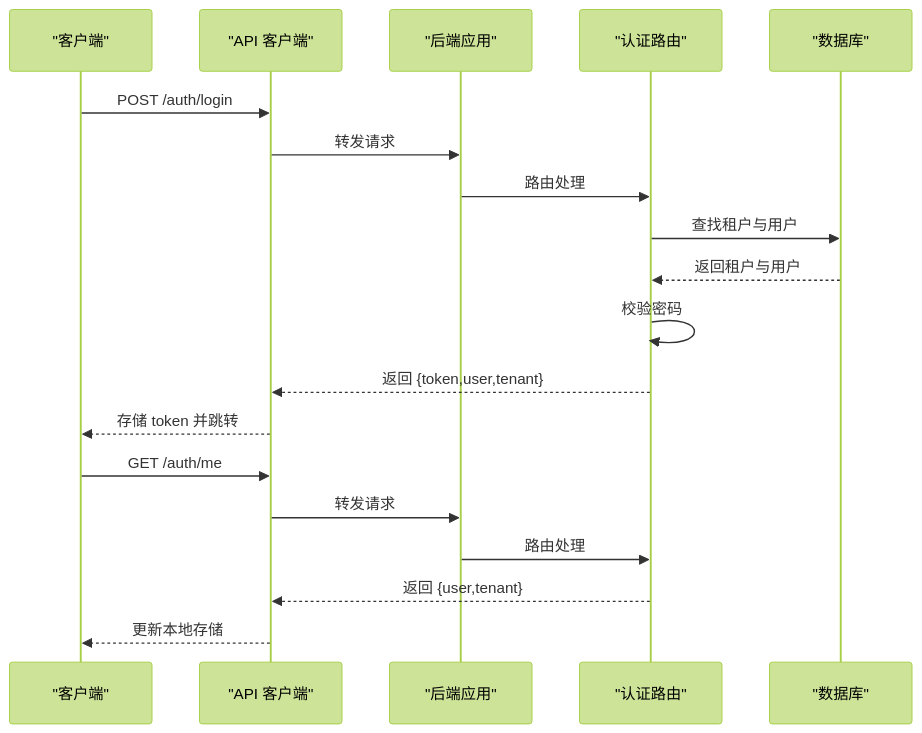
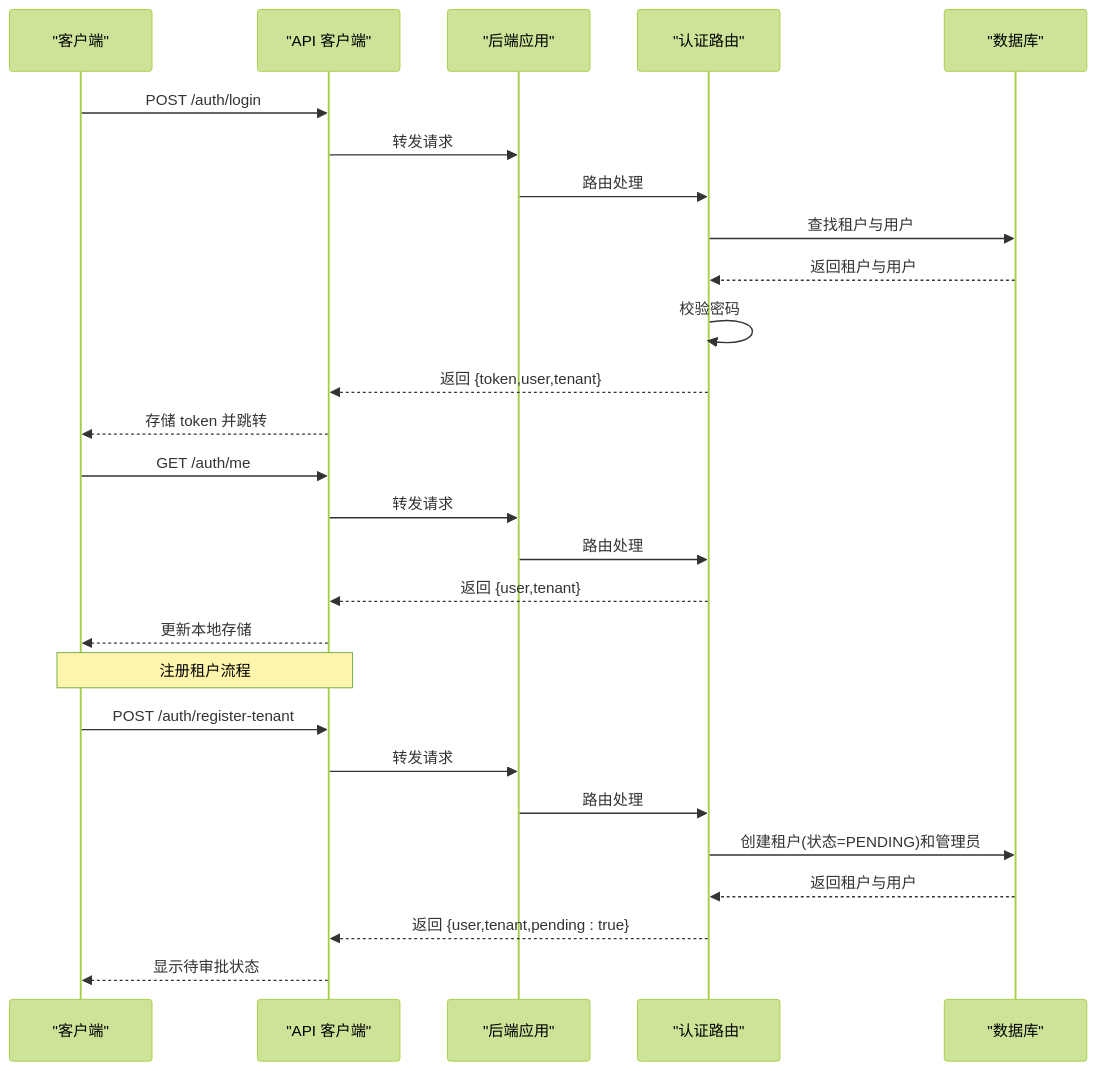
One commit to Juny09/inventory_system changed the fourth of 10 diagrams in .qoder/repowiki/zh/content/核心功能模块/用户认证模块.md. Above: the diagram before and after it, drawn with Mermaid (forest theme). The commit also changed other lines of this file and 53 other files, not shown here.

````diff
--- a/.qoder/repowiki/zh/content/核心功能模块/用户认证模块.md
+++ b/.qoder/repowiki/zh/content/核心功能模块/用户认证模块.md
@@ -209,21 +254,29 @@
 ```mermaid
 sequenceDiagram
 participant C as "客户端"
 participant API as "API 客户端"
 participant APP as "后端应用"
 participant AUTH as "认证路由"
 participant DB as "数据库"
 C->>API : POST /auth/login
 API->>APP : 转发请求
 APP->>AUTH : 路由处理
 AUTH->>DB : 查找租户与用户
 DB-->>AUTH : 返回租户与用户
 AUTH->>AUTH : 校验密码
 AUTH-->>API : 返回 {token,user,tenant}
 API-->>C : 存储 token 并跳转
 C->>API : GET /auth/me
 API->>APP : 转发请求
 APP->>AUTH : 路由处理
 AUTH-->>API : 返回 {user,tenant}
 API-->>C : 更新本地存储
+Note over C,API : 注册租户流程
+C->>API : POST /auth/register-tenant
+API->>APP : 转发请求
+APP->>AUTH : 路由处理
+AUTH->>DB : 创建租户(状态=PENDING)和管理员
+DB-->>AUTH : 返回租户与用户
+AUTH-->>API : 返回 {user,tenant,pending : true}
+API-->>C : 显示待审批状态
 ```
````
